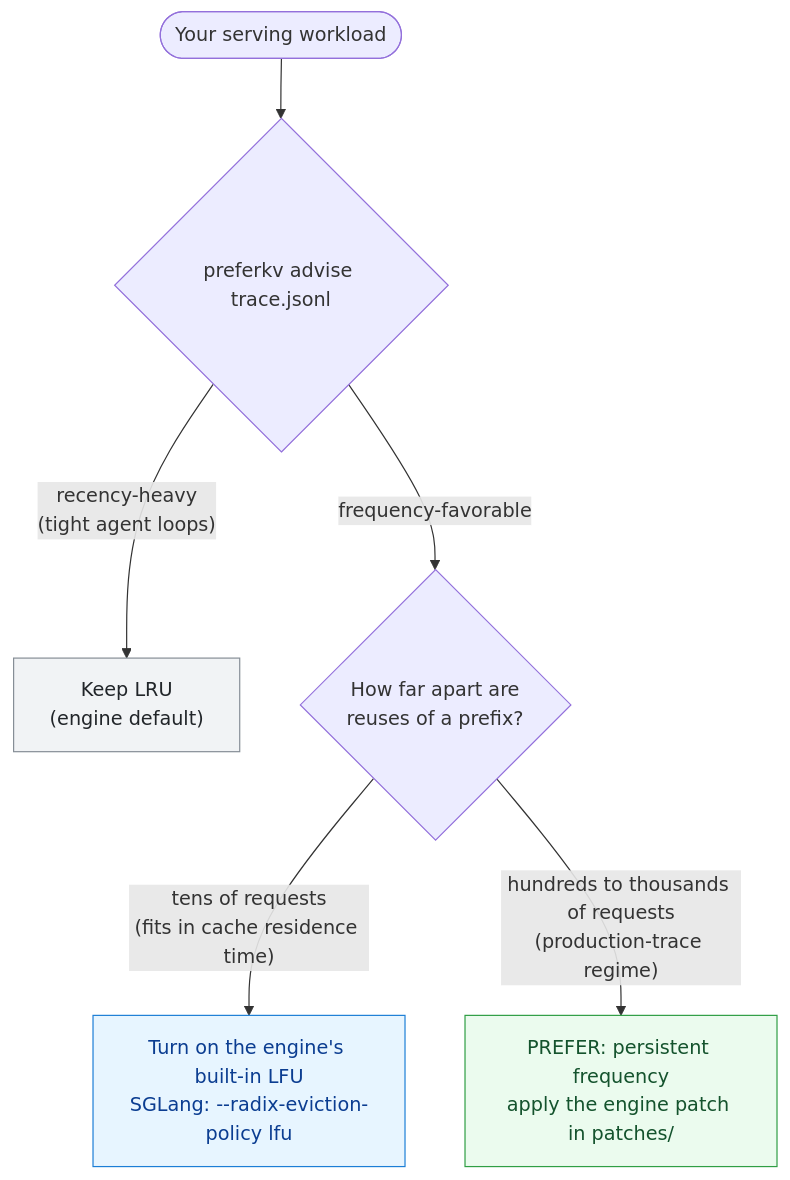
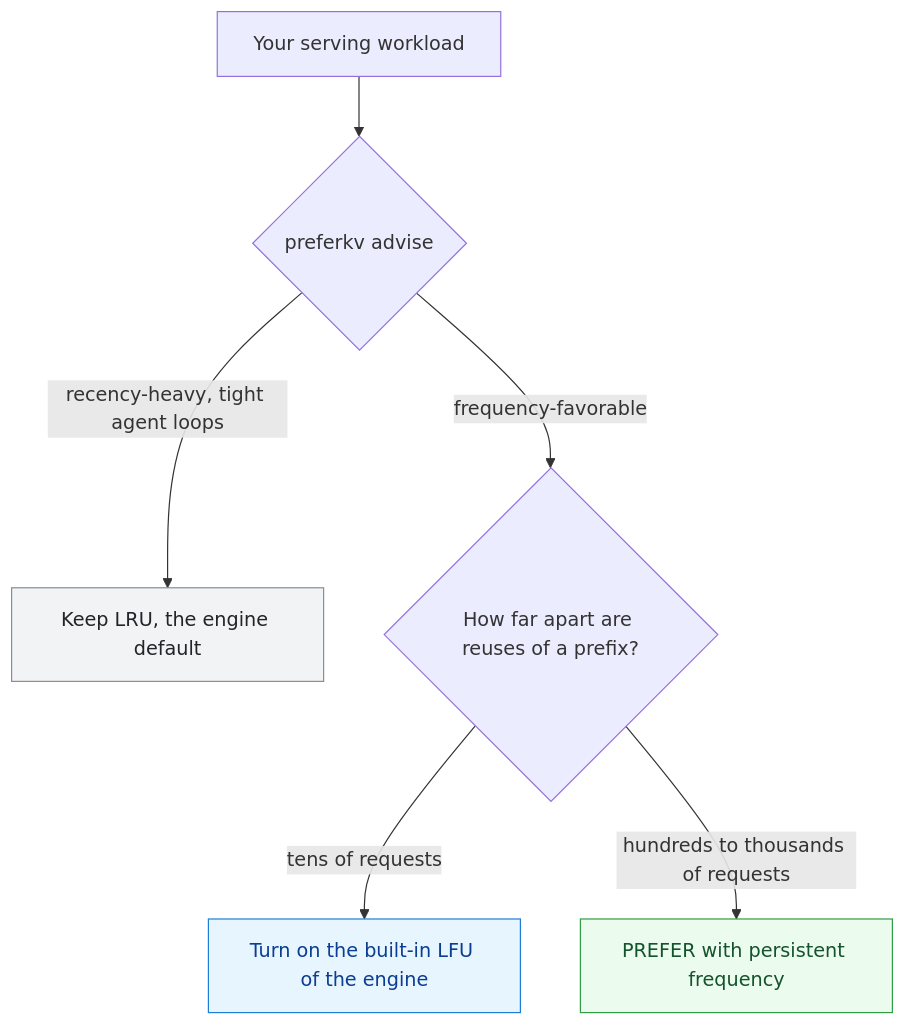
Before and after one commit to E27-25/preferkv: the diagram in README.md, drawn with Mermaid. The commit also changed other lines of this file, not shown here.

Commit message:
docs: simplify policy diagram, tidy README nav and badges

````diff
--- a/README.md
+++ b/README.md
@@ -73,14 +63,14 @@
 ```mermaid
 flowchart TD
-    A([Your serving workload]) --> B{"preferkv advise trace.jsonl"}
-    B -->|"recency-heavy<br/>(tight agent loops)"| L["Keep LRU<br/>(engine default)"]
-    B -->|frequency-favorable| C{"How far apart are<br/>reuses of a prefix?"}
-    C -->|"tens of requests<br/>(fits in cache residence time)"| S["Turn on the engine's built-in LFU<br/>SGLang: --radix-eviction-policy lfu"]
-    C -->|"hundreds to thousands of requests<br/>(production-trace regime)"| P["PREFER: persistent frequency<br/>apply the engine patch in patches/"]
+    A[Your serving workload] --> B{preferkv advise}
+    B -->|recency-heavy, tight agent loops| L[Keep LRU, the engine default]
+    B -->|frequency-favorable| C{How far apart are reuses of a prefix?}
+    C -->|tens of requests| S[Turn on the built-in LFU of the engine]
+    C -->|hundreds to thousands of requests| P[PREFER with persistent frequency]
     classDef keep fill:#f1f3f5,stroke:#868e96,color:#212529;
     classDef good fill:#e7f5ff,stroke:#1c7ed6,color:#0b3d91;
     classDef best fill:#ebfbee,stroke:#2f9e44,color:#14532d;
     class L keep
     class S good
     class P best
 ```
````
